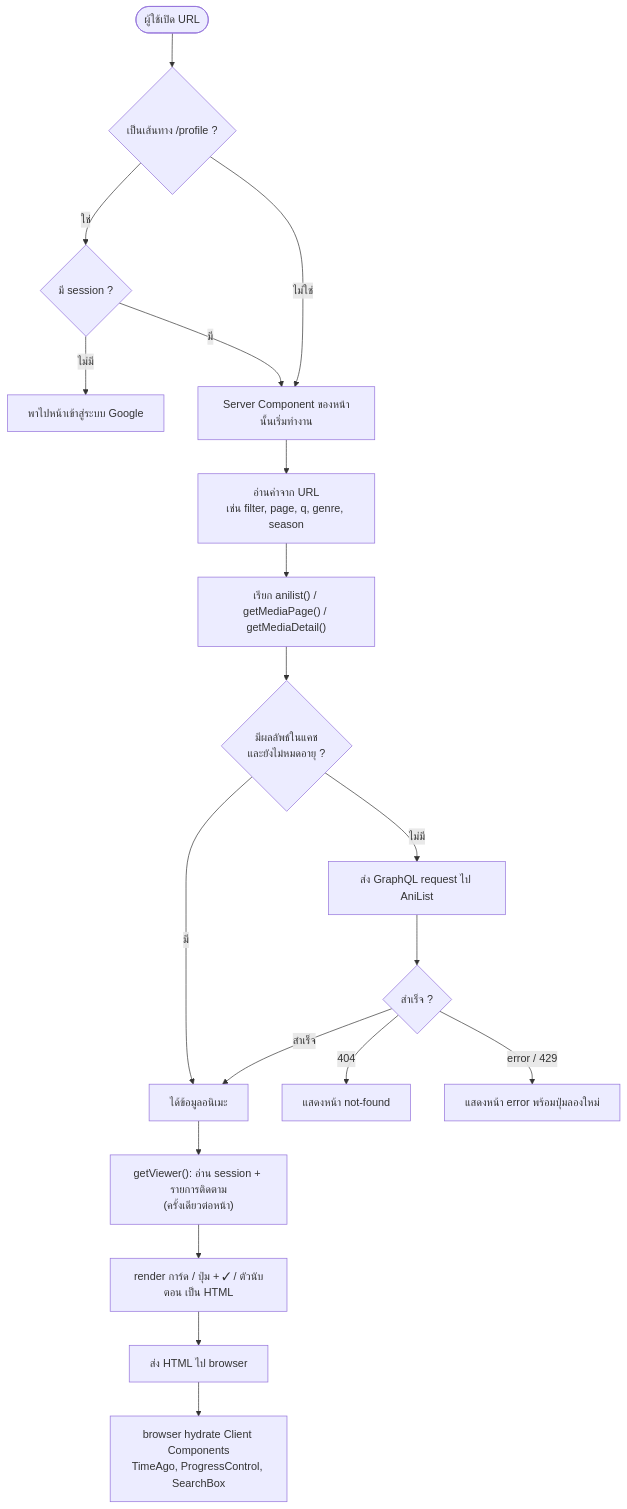
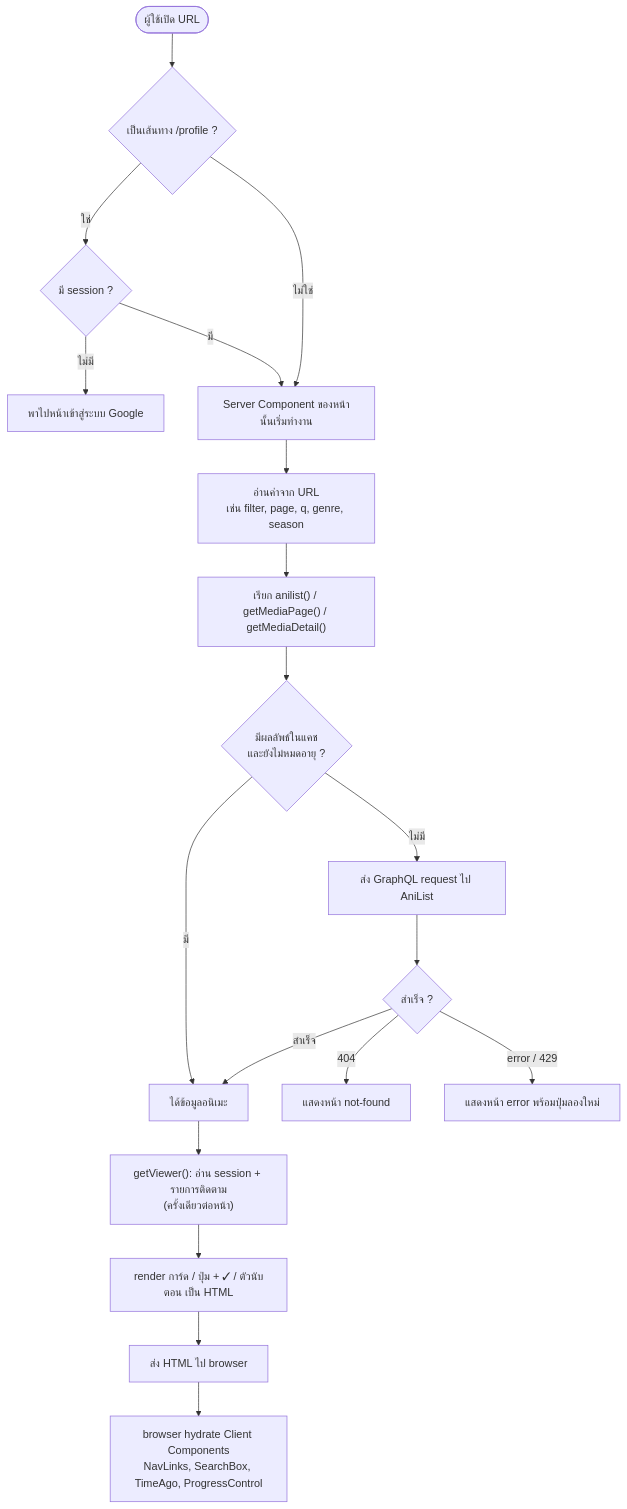
One commit to kmegumi354-cloud/project-webtech changed the second of 4 diagrams in README.md. Above: the diagram before and after it, drawn with Mermaid. The commit also changed other lines of this file, not shown here.

````diff
--- a/README.md
+++ b/README.md
@@ -222,21 +226,21 @@
 ```mermaid
 flowchart TD
     A(["ผู้ใช้เปิด URL"]) --> B{"เป็นเส้นทาง /profile ?"}
     B -- ใช่ --> C{"มี session ?"}
     C -- ไม่มี --> D["พาไปหน้าเข้าสู่ระบบ Google"]
     C -- มี --> E
     B -- ไม่ใช่ --> E["Server Component ของหน้านั้นเริ่มทำงาน"]
     E --> F["อ่านค่าจาก URL<br/>เช่น filter, page, q, genre, season"]
     F --> G["เรียก anilist() / getMediaPage() / getMediaDetail()"]
     G --> H{"มีผลลัพธ์ในแคช<br/>และยังไม่หมดอายุ ?"}
     H -- มี --> J
     H -- ไม่มี --> I["ส่ง GraphQL request ไป AniList"]
     I --> I2{"สำเร็จ ?"}
     I2 -- "404" --> NF["แสดงหน้า not-found"]
     I2 -- "error / 429" --> ER["แสดงหน้า error พร้อมปุ่มลองใหม่"]
     I2 -- สำเร็จ --> J["ได้ข้อมูลอนิเมะ"]
     J --> K["getViewer(): อ่าน session + รายการติดตาม<br/>(ครั้งเดียวต่อหน้า)"]
     K --> L["render การ์ด / ปุ่ม + ✓ / ตัวนับตอน เป็น HTML"]
     L --> M["ส่ง HTML ไป browser"]
-    M --> N["browser hydrate Client Components<br/>TimeAgo, ProgressControl, SearchBox"]
+    M --> N["browser hydrate Client Components<br/>NavLinks, SearchBox, TimeAgo, ProgressControl"]
 ```
````
